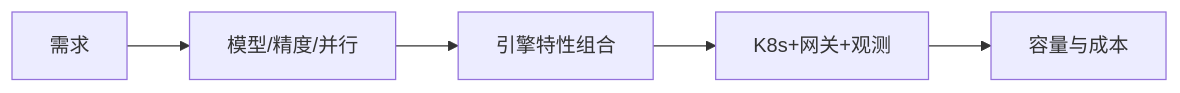
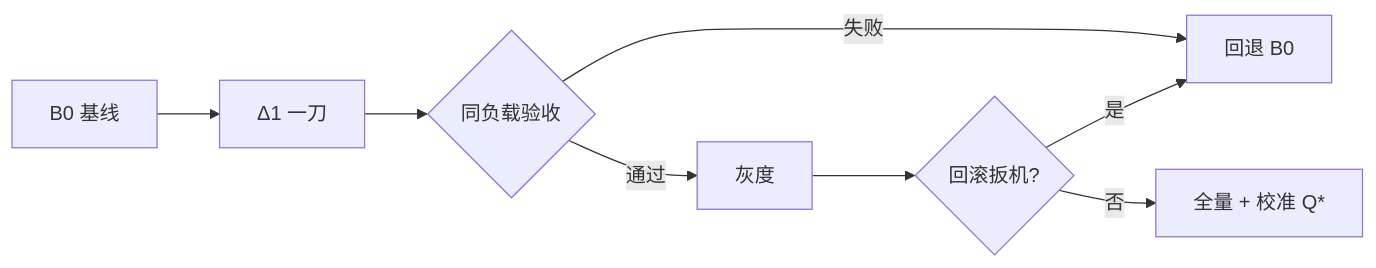
Before and after one commit to tqm6666/AIInfraGuide: the diagram in docs/guides/模块四-推理优化/第11章-推理优化选型与端到端实战/11.3-端到端部署实战.md, drawn with Mermaid. The commit also changed other lines of this file and 4 other files, not shown here.

````diff
--- a/docs/guides/模块四-推理优化/第11章-推理优化选型与端到端实战/11.3-端到端部署实战.md
+++ b/docs/guides/模块四-推理优化/第11章-推理优化选型与端到端实战/11.3-端到端部署实战.md
@@ -74,7 +152,10 @@
 ```mermaid
 flowchart LR
-    A["需求"] --> B["模型/精度/并行"]
-    B --> C["引擎特性组合"]
-    C --> D["K8s+网关+观测"]
-    D --> E["容量与成本"]
+    A["B0 基线"] --> B["Δ1 一刀"]
+    B --> C{"同负载验收"}
+    C -->|失败| D["回退 B0"]
+    C -->|通过| E["灰度"]
+    E --> F{"回滚扳机?"}
+    F -->|是| D
+    F -->|否| G["全量 + 校准 Q*"]
 ```
````
